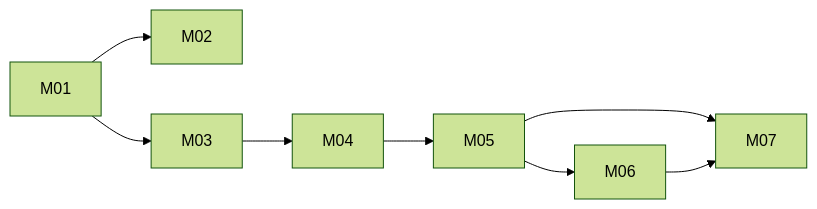
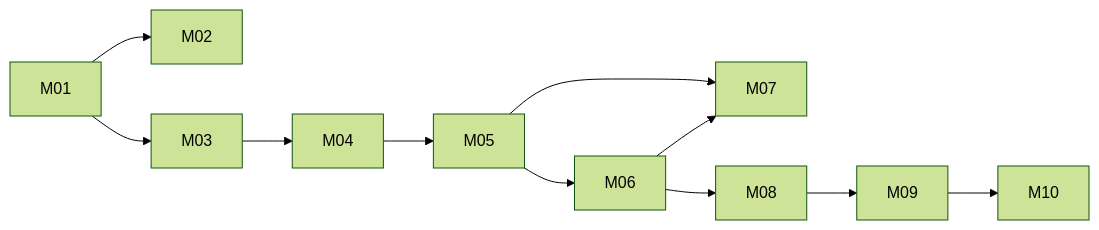
The diagram in docs/build/plan.md (sue-btis/arch-mind), drawn with Mermaid (forest theme) before and after one commit. The commit also changed other lines of this file and 12 other files, not shown here.

````diff
--- a/docs/build/plan.md
+++ b/docs/build/plan.md
@@ -32,10 +34,13 @@
 ```mermaid
 graph LR
   M01 --> M02
   M01 --> M03
   M03 --> M04
   M04 --> M05
   M05 --> M06
   M05 --> M07
   M06 --> M07
+  M06 --> M08
+  M08 --> M09
+  M09 --> M10
 ```
````
